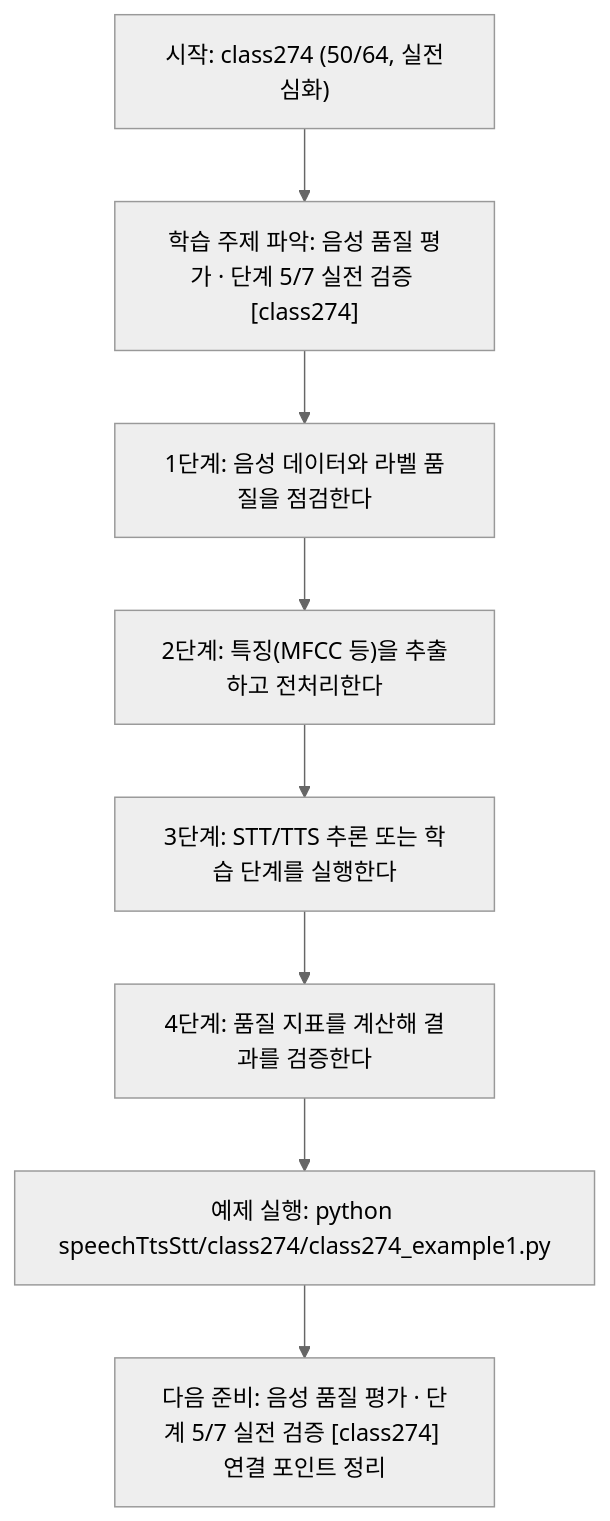
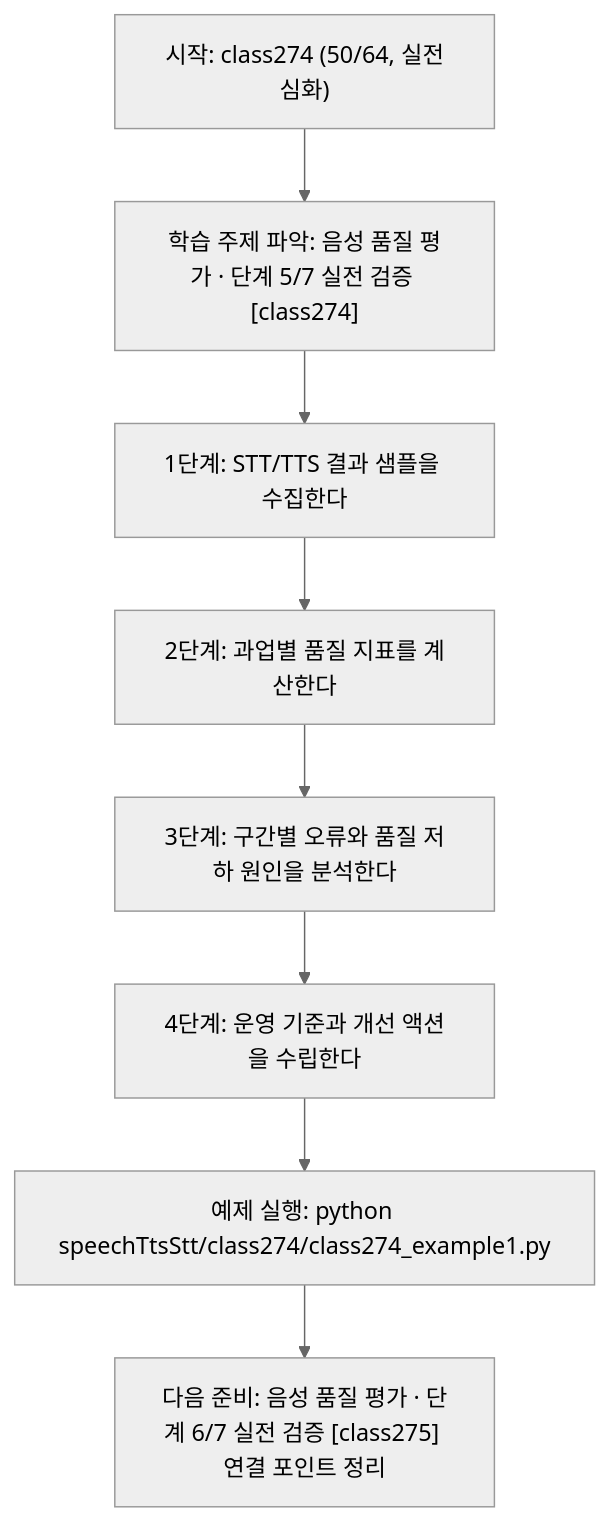
Before and after one commit to edumgt/Python-AI_Agent-Class: the diagram in speechTtsStt/class274/class274.md, drawn with Mermaid (neutral theme). The commit also changed other lines of this file and 1122 other files, not shown here.

````diff
--- a/speechTtsStt/class274/class274.md
+++ b/speechTtsStt/class274/class274.md
@@ -114,18 +95,18 @@
 ```mermaid
 flowchart TD
 N1["시작: class274 (50/64, 실전심화)"]
 N2["학습 주제 파악: 음성 품질 평가 · 단계 5/7 실전 검증 [class274]"]
-N3["1단계: 음성 데이터와 라벨 품질을 점검한다"]
-N4["2단계: 특징(MFCC 등)을 추출하고 전처리한다"]
-N5["3단계: STT/TTS 추론 또는 학습 단계를 실행한다"]
-N6["4단계: 품질 지표를 계산해 결과를 검증한다"]
+N3["1단계: STT/TTS 결과 샘플을 수집한다"]
+N4["2단계: 과업별 품질 지표를 계산한다"]
+N5["3단계: 구간별 오류와 품질 저하 원인을 분석한다"]
+N6["4단계: 운영 기준과 개선 액션을 수립한다"]
 N7["예제 실행: python speechTtsStt/class274/class274_example1.py"]
-N8["다음 준비: 음성 품질 평가 · 단계 5/7 실전 검증 [class274] 연결 포인트 정리"]
+N8["다음 준비: 음성 품질 평가 · 단계 6/7 실전 검증 [class275] 연결 포인트 정리"]
 N1 --> N2
 N2 --> N3
 N3 --> N4
 N4 --> N5
 N5 --> N6
 N6 --> N7
 N7 --> N8
 ```
````
